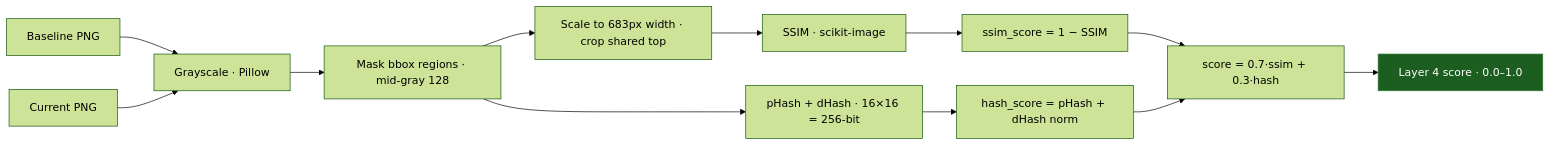
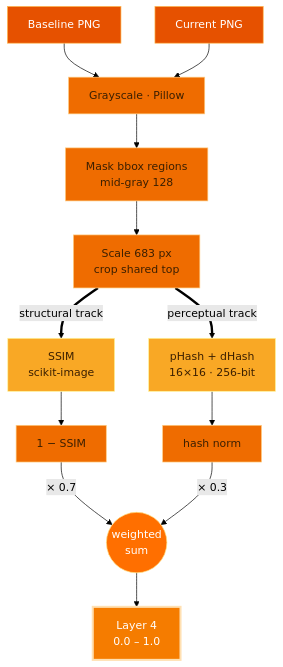
The diagram in docs/layers/4-visual-diff.mdx (Ns81000/WARDRESS), drawn with Mermaid (forest theme) before and after one commit. The commit also changed 10 other files, not shown here.

Commit message:
docs: add comprehensive documentation for the Wardress detection layers and system architecture.

````diff
--- a/docs/layers/4-visual-diff.mdx
+++ b/docs/layers/4-visual-diff.mdx
@@ -15,17 +15,20 @@
 ```mermaid
-flowchart LR
-    BS[Baseline PNG] --> GL[Grayscale · Pillow]
-    CS[Current PNG] --> GL
-    GL --> MK[Mask bbox regions · mid-gray 128]
-    MK --> RS[Scale to 683px width · crop shared top]
-    RS --> SSIM["SSIM · scikit-image"]
-    MK --> PH["pHash + dHash · 16×16 = 256-bit"]
-    SSIM --> SS[ssim_score = 1 − SSIM]
-    PH --> HS[hash_score = pHash + dHash norm]
-    SS --> F["score = 0.7·ssim + 0.3·hash"]
-    HS --> F
-    F --> OUT[Layer 4 score · 0.0–1.0]
+flowchart TD
+    BS["Baseline PNG"]:::in --> GL
+    CS["Current PNG"]:::in --> GL["Grayscale · Pillow"]:::node
+    GL --> MK["Mask bbox regions<br/>mid-gray 128"]:::node
+    MK --> RS["Scale 683 px<br/>crop shared top"]:::node
+    RS ==>|"structural track"| SSIM["SSIM<br/>scikit-image"]:::track
+    RS ==>|"perceptual track"| PH["pHash + dHash<br/>16×16 · 256-bit"]:::track
+    SSIM --> SS["1 − SSIM"]:::node
+    PH --> HS["hash norm"]:::node
+    SS -->|"× 0.7"| F(("weighted<br/>sum")):::pick
+    HS -->|"× 0.3"| F
+    F --> OUT["Layer 4<br/>0.0 – 1.0"]:::out
 
-    classDef out fill:#1b5e20,stroke:#2e7d32,color:#fff;
-    class OUT out;
+    classDef in fill:#e65100,stroke:#ffb74d,color:#fff;
+    classDef node fill:#ef6c00,stroke:#ffcc80,color:#3b1f00;
+    classDef track fill:#f9a825,stroke:#fff59d,color:#3b1f00;
+    classDef pick fill:#ff6f00,stroke:#ffe082,color:#fff;
+    classDef out fill:#f57c00,stroke:#ffe0b2,color:#fff,stroke-width:3px;
 ```
````
